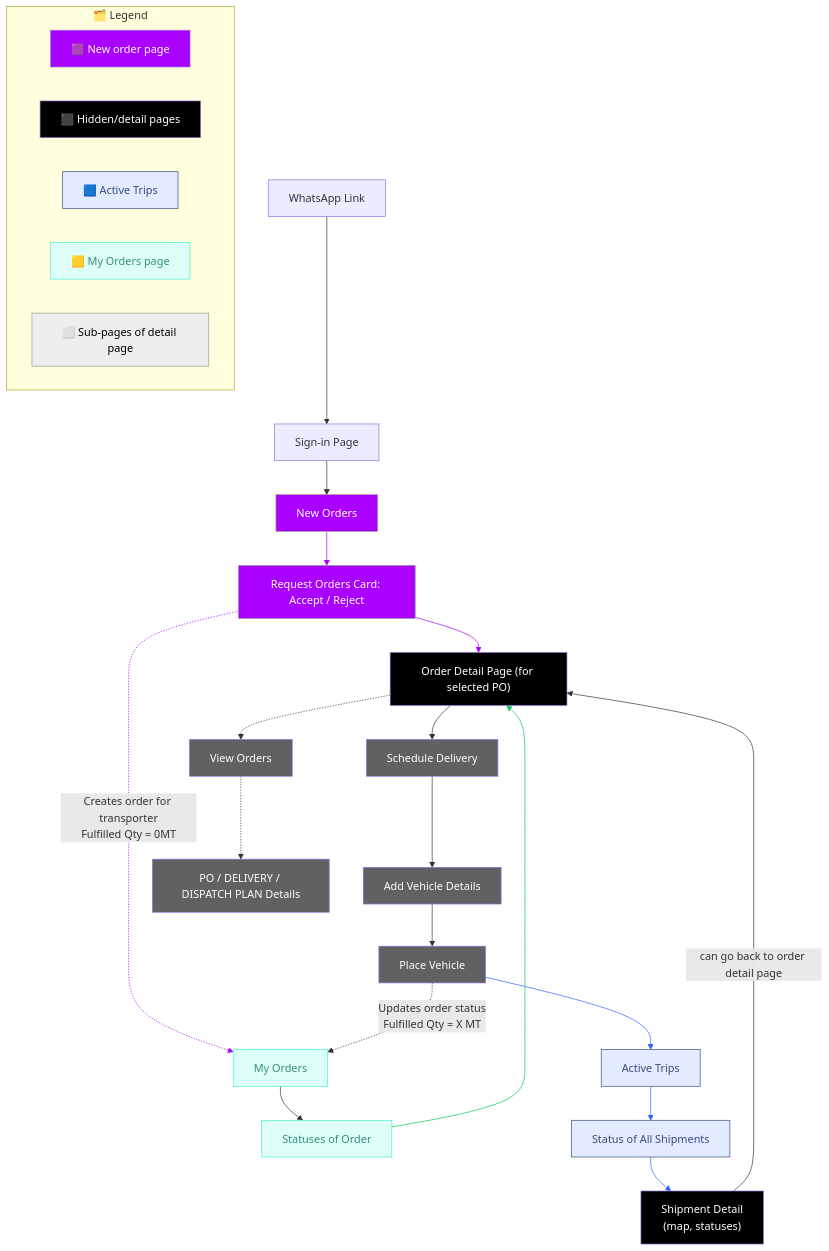
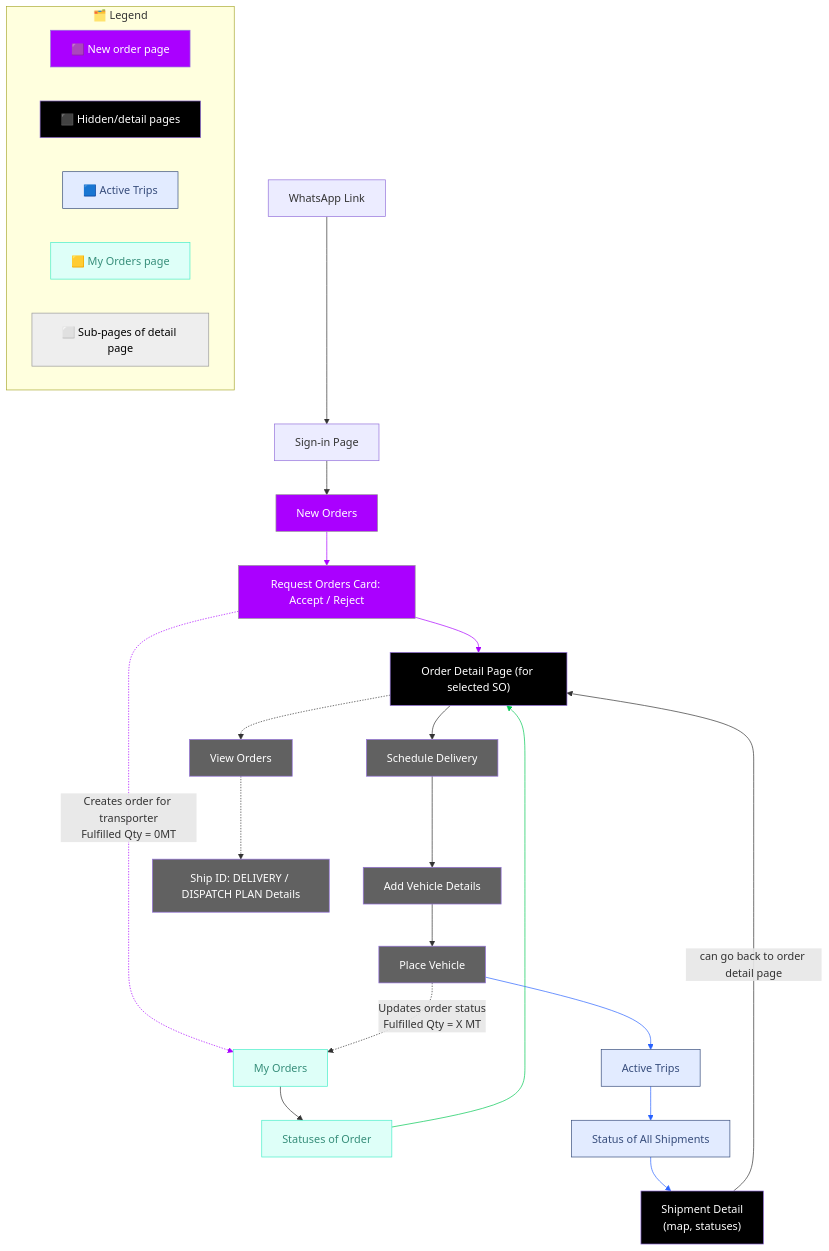
Before and after one commit to ayooshS/freightfox-frontend: the diagram in README.md, drawn with Mermaid. The commit also changed 38 other files, not shown here.

````diff
--- a/README.md
+++ b/README.md
@@ -29,70 +29,70 @@
 ```mermaid
 flowchart TD
  subgraph Legend["🗂️ Legend"]
     direction LR
         Legend1["🟪 New order page"]
         Legend2["⬛ Hidden/detail pages"]
         Legend3["🟦 Active Trips"]
         Legend4["🟨 My Orders page"]
         Legend6["⬜ Sub-pages of detail page"]
   end
     A["WhatsApp Link"] --> B["Sign-in Page"]
     B --> C["New Orders"]
     E["My Orders"] --> F["Statuses of Order"]
-    F ---> H["Order Detail Page (for selected PO)"]
+    F ---> H["Order Detail Page (for selected SO)"]
     C --> G["Request Orders Card: Accept / Reject"]
     G --> H
     G -. "Creates order for transporter<br>Fulfilled Qty = 0MT" .-> E
     H --> I["Schedule Delivery"]
     I --> J["Add Vehicle Details"]
     J --> K["Place Vehicle"]
     K --> D["Active Trips"]
     K -. "Updates order status<br>Fulfilled Qty = X MT" .-> E
     H -.-> L["View Orders"]
-    L -.-> M["PO / DELIVERY / DISPATCH PLAN Details"]
+    L -.-> M["Ship ID: DELIVERY / DISPATCH PLAN Details"]
     D --> N["Status of All Shipments"]
     N --> R["Shipment Detail\n(map, statuses)"]
     R -- can go back to order detail page --> H
 
      Legend1:::Class_03
      Legend2:::Class_01
      Legend3:::Sky
      Legend4:::Aqua
      Legend6:::Ash
      C:::Rose
      C:::Ash
      C:::Class_03
      C:::Class_03
      E:::Aqua
      F:::Aqua
      H:::Class_01
      G:::Ash
      G:::Class_03
      I:::Class_02
      J:::Class_02
      K:::Class_02
      D:::Sky
      L:::Class_02
      M:::Class_02
      N:::Sky
      R:::Class_01
     classDef Rose stroke-width:1px, stroke-dasharray:none, stroke:#FF5978, fill:#FFDFE5, color:#8E2236
     classDef Ash stroke-width:1px, stroke-dasharray:none, stroke:#999999, fill:#EEEEEE, color:#000000
     classDef Class_02 fill:#616161
     classDef Sky stroke-width:1px, stroke-dasharray:none, stroke:#374D7C, fill:#E2EBFF, color:#374D7C
     classDef Aqua stroke-width:1px, stroke-dasharray:none, stroke:#46EDC8, fill:#DEFFF8, color:#378E7A
     classDef Class_03 fill:#AA00FF, color:#FFFFFF
     classDef Class_01 color:#FFFFFF, fill:#000000
     style I color:#FFFFFF
     style J color:#FFFFFF
     style K color:#FFFFFF
     style L color:#FFFFFF
     style M color:#FFFFFF
     linkStyle 3 stroke:#00C853,fill:none
     linkStyle 4 stroke:#AA00FF,fill:none
     linkStyle 5 stroke:#AA00FF,fill:none
     linkStyle 6 stroke:#AA00FF,fill:none
     linkStyle 10 stroke:#2962FF,fill:none
     linkStyle 14 stroke:#2962FF,fill:none
     linkStyle 15 stroke:#2962FF,fill:none
 ```
````
